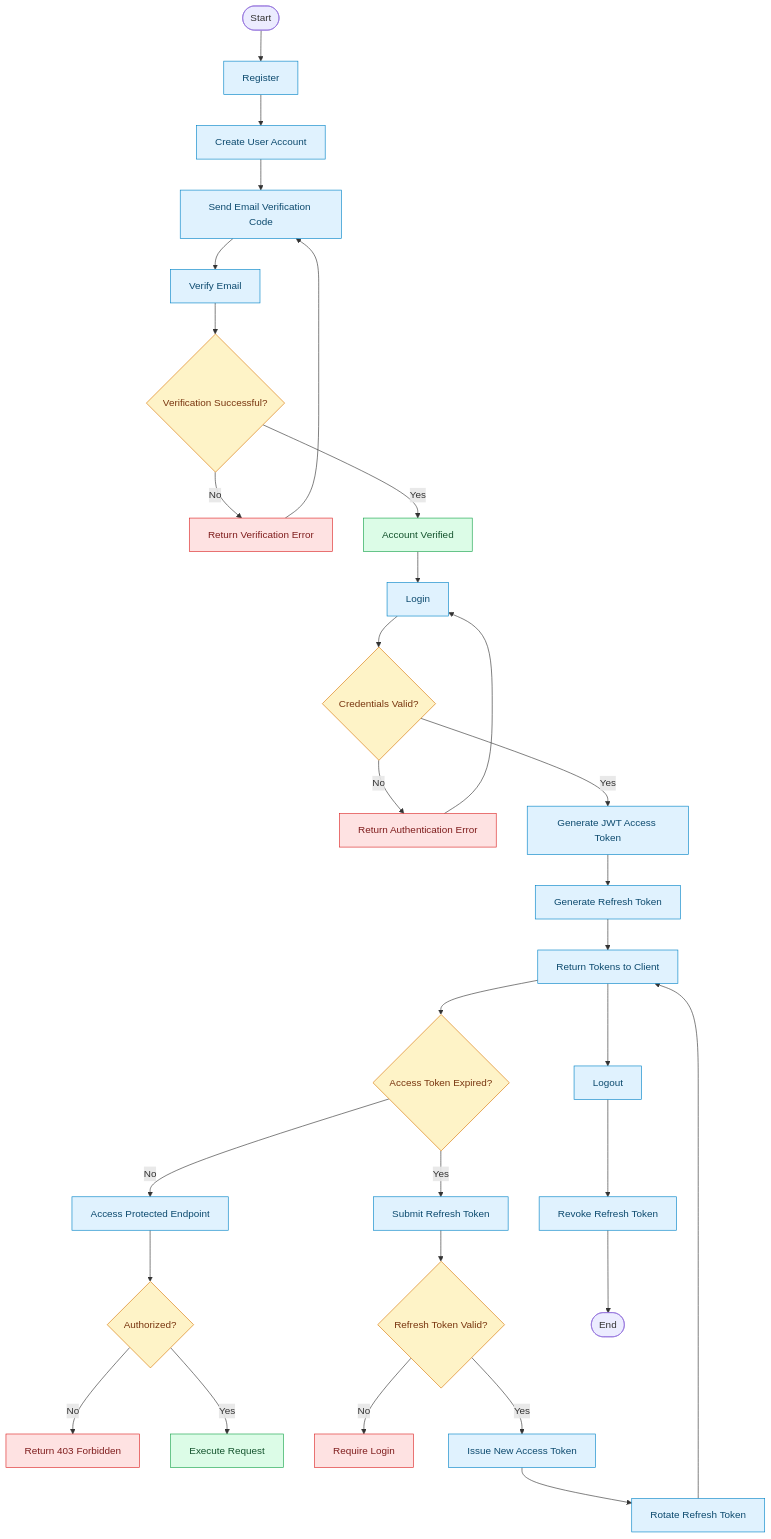
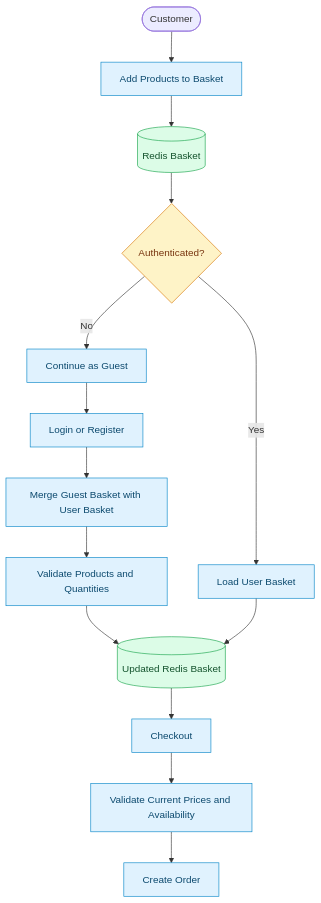
One commit to Muhvmd8/ECommerceCore changed the third of 3 diagrams in README.md. Above: the diagram before and after it, drawn with Mermaid. The commit also changed other lines of this file, not shown here.

````diff
--- a/README.md
+++ b/README.md
@@ -445,49 +450,28 @@
 ```mermaid
 flowchart TD
-    A([Start]) --> B[Register]
-    B --> C[Create User Account]
-    C --> D[Send Email Verification Code]
-    D --> E[Verify Email]
-    E --> F{Verification Successful?}
+    A([Customer]) --> B[Add Products to Basket]
+    B --> C[(Redis Basket)]
 
-    F -- No --> G[Return Verification Error]
-    G --> D
-    F -- Yes --> H[Account Verified]
+    C --> D{Authenticated?}
 
-    H --> I[Login]
-    I --> J{Credentials Valid?}
+    D -- No --> E[Continue as Guest]
+    E --> F[Login or Register]
 
-    J -- No --> K[Return Authentication Error]
-    K --> I
+    D -- Yes --> G[Load User Basket]
+    F --> H[Merge Guest Basket with User Basket]
+    H --> I[Validate Products and Quantities]
+    I --> J[(Updated Redis Basket)]
+    G --> J
 
-    J -- Yes --> L[Generate JWT Access Token]
-    L --> M[Generate Refresh Token]
-    M --> N[Return Tokens to Client]
-
-    N --> O{Access Token Expired?}
-    O -- No --> P[Access Protected Endpoint]
-    P --> Q{Authorized?}
-    Q -- No --> R[Return 403 Forbidden]
-    Q -- Yes --> S[Execute Request]
-
-    O -- Yes --> T[Submit Refresh Token]
-    T --> U{Refresh Token Valid?}
-    U -- No --> V[Require Login]
-    U -- Yes --> W[Issue New Access Token]
-    W --> X[Rotate Refresh Token]
-    X --> N
-
-    N --> Y[Logout]
-    Y --> Z[Revoke Refresh Token]
-    Z --> AA([End])
+    J --> K[Checkout]
+    K --> L[Validate Current Prices and Availability]
+    L --> M[Create Order]
 
     classDef process fill:#e0f2fe,stroke:#0284c7,color:#0c4a6e
+    classDef storage fill:#dcfce7,stroke:#16a34a,color:#14532d
     classDef decision fill:#fef3c7,stroke:#d97706,color:#78350f
-    classDef error fill:#fee2e2,stroke:#dc2626,color:#7f1d1d
-    classDef success fill:#dcfce7,stroke:#16a34a,color:#14532d
 
-    class B,C,D,E,I,L,M,N,P,T,W,X,Y,Z process
-    class F,J,O,Q,U decision
-    class G,K,R,V error
-    class H,S success
+    class B,E,F,G,H,I,K,L,M process
+    class C,J storage
+    class D decision
 ```
````
